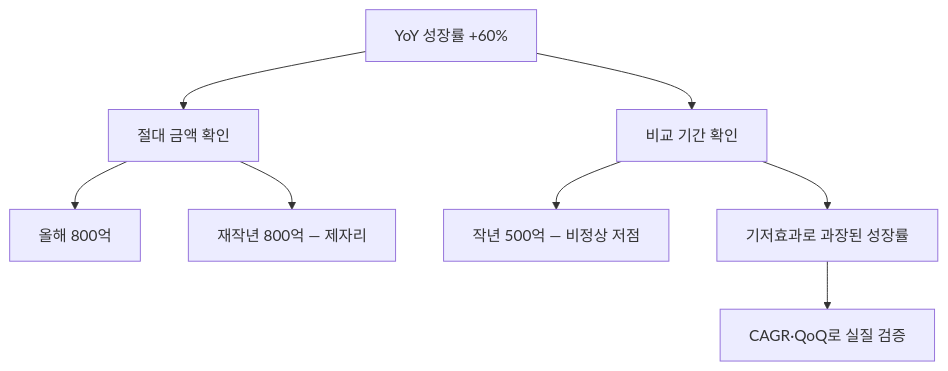
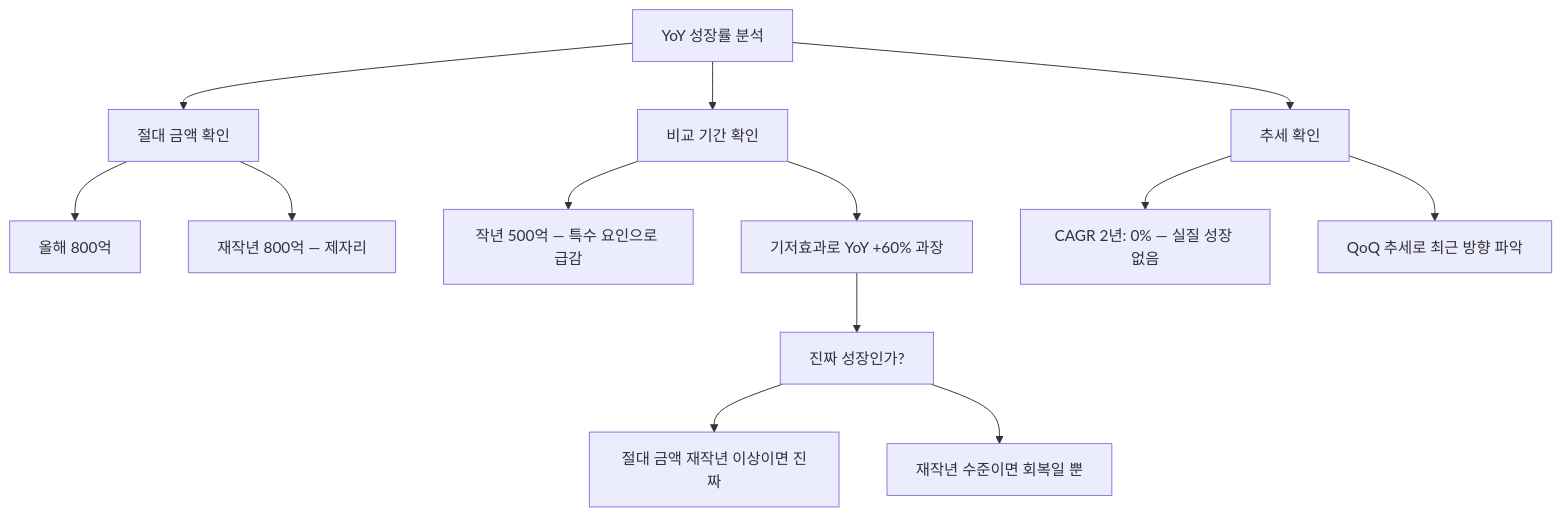
The diagram in content/stock-terms/ko/level-08-industry-macro/base-effect.md (yeongseon/stock-visual-note), drawn with Mermaid before and after one commit. The commit also changed other lines of this file and 9 other files, not shown here.

Commit message:
content: rewrite level-08 (10 articles) — richer diagrams, realistic scenarios, blog tone

````diff
--- a/content/stock-terms/ko/level-08-industry-macro/base-effect.md
+++ b/content/stock-terms/ko/level-08-industry-macro/base-effect.md
@@ -42,11 +43,16 @@
 ```mermaid
 graph TD
-    A["YoY 성장률 +60%"]
+    A["YoY 성장률 분석"]
     A --> B["절대 금액 확인"]
     A --> C["비교 기간 확인"]
+    A --> D["추세 확인"]
     B --> B1["올해 800억"]
     B --> B2["재작년 800억 — 제자리"]
-    C --> C1["작년 500억 — 비정상 저점"]
-    C --> C2["기저효과로 과장된 성장률"]
-    C2 --> D["CAGR·QoQ로 실질 검증"]
+    C --> C1["작년 500억 — 특수 요인으로 급감"]
+    C --> C2["기저효과로 YoY +60% 과장"]
+    D --> D1["CAGR 2년: 0% — 실질 성장 없음"]
+    D --> D2["QoQ 추세로 최근 방향 파악"]
+    C2 --> E["진짜 성장인가?"]
+    E --> E1["절대 금액 재작년 이상이면 진짜"]
+    E --> E2["재작년 수준이면 회복일 뿐"]
 ```
````
